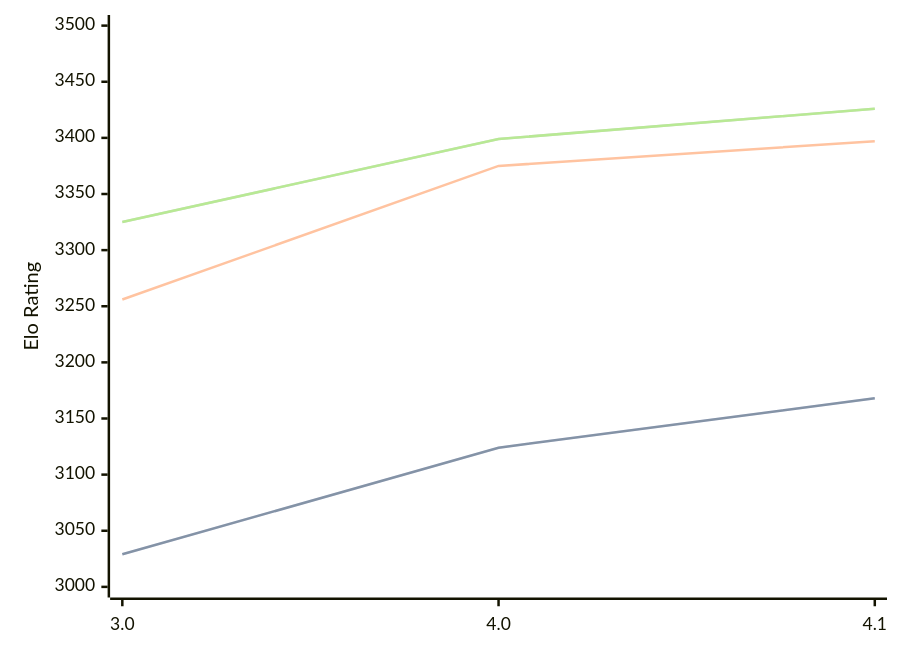
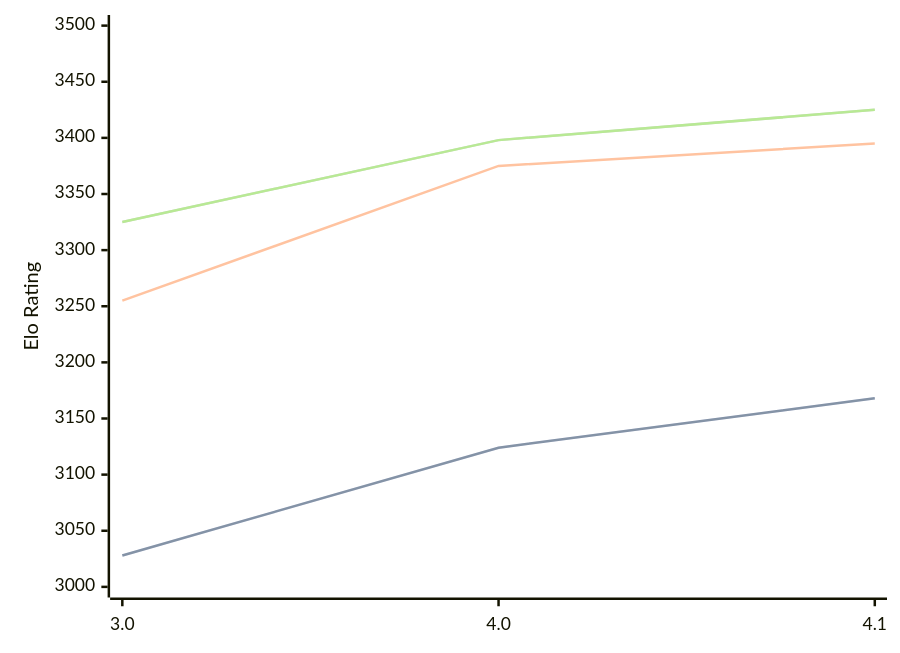
The diagram in engines/Eleanor.md (computer-chess-index/cci), drawn with Mermaid before and after one commit. The commit also changed other lines of this file, not shown here.

Commit message:
Update CCI Ratings (ELO VLTC) - 2026-09-01

````diff
--- a/engines/Eleanor.md
+++ b/engines/Eleanor.md
@@ -33,11 +33,11 @@
 ```mermaid
 %%{init: {"theme":"base","themeVariables":{"seriesColors:['#a3a3a3','#222221','#faa371']}}}%%
 xychart-beta
   x-axis ["3.0", "4.0", "4.1"]
   y-axis "Elo Rating" 3000 --> 3500
-  line "" [3029, 3124, 3168]
-  line "STC (8.0+0.08s)" [3029, 3124, 3168]
-  line "LTC (60.0+0.60s)" [3256, 3375, 3397]
-  line "" [3325, 3399, 3426]
-  line "VLTC (2m24s+1.12s)" [3325, 3399, 3426]
+  line "" [3028, 3124, 3168]
+  line "STC (8.0+0.08s)" [3028, 3124, 3168]
+  line "LTC (60.0+0.60s)" [3255, 3375, 3395]
+  line "" [3325, 3398, 3425]
+  line "VLTC (2m24s+1.12s)" [3325, 3398, 3425]
 ```
````
